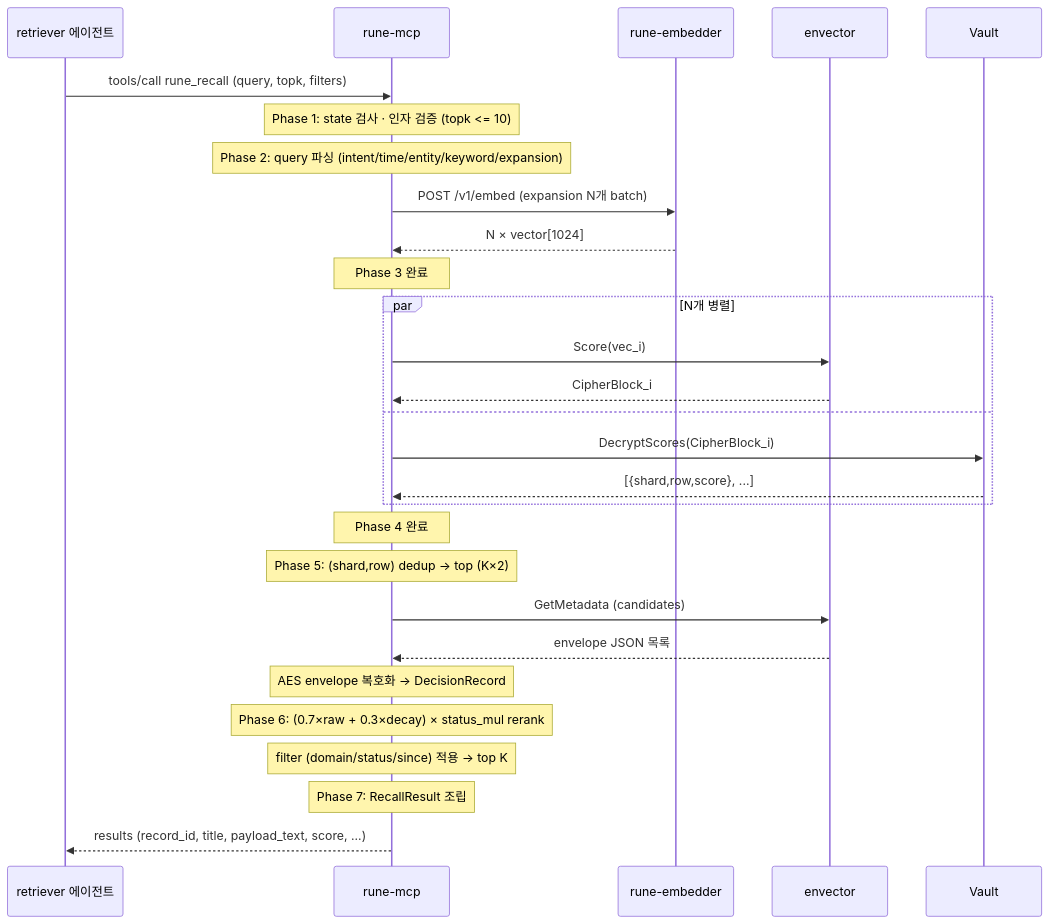
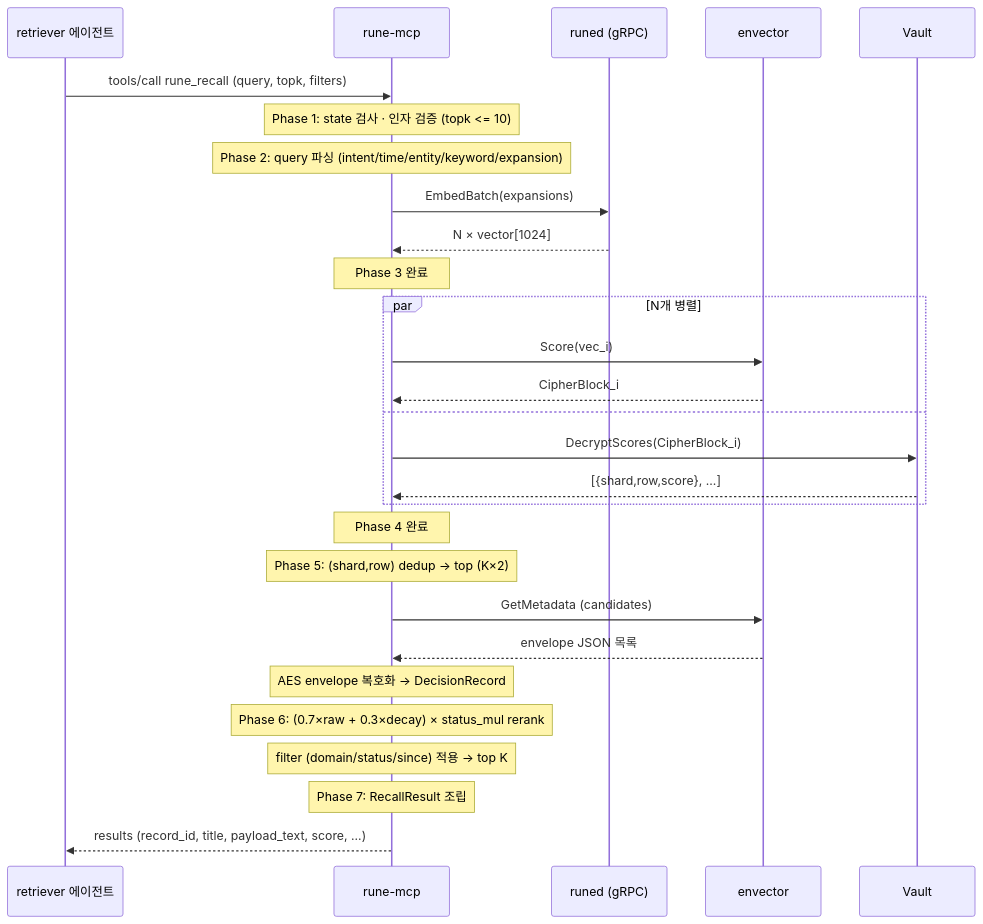
One commit to CryptoLabInc/rune changed the diagram in docs/v04/flows/recall.md. Above: the diagram before and after it, drawn with Mermaid. The commit also changed other lines of this file and 6 other files, not shown here.

Commit message:
docs(v04): switch embedder to external runed gRPC daemon (D30, archive D6/D9/D29)

````diff
--- a/docs/v04/flows/recall.md
+++ b/docs/v04/flows/recall.md
@@ -26,36 +26,36 @@
 ```mermaid
 sequenceDiagram
     participant Agent as retriever 에이전트
     participant MCP as rune-mcp
-    participant Embedder as rune-embedder
+    participant Embedder as runed (gRPC)
     participant Envector as envector
     participant Vault as Vault
 
     Agent->>MCP: tools/call rune_recall (query, topk, filters)
     Note over MCP: Phase 1: state 검사 · 인자 검증 (topk <= 10)
     Note over MCP: Phase 2: query 파싱 (intent/time/entity/keyword/expansion)
 
-    MCP->>Embedder: POST /v1/embed (expansion N개 batch)
+    MCP->>Embedder: EmbedBatch(expansions)
     Embedder-->>MCP: N × vector[1024]
     Note over MCP: Phase 3 완료
 
     par N개 병렬
       MCP->>Envector: Score(vec_i)
       Envector-->>MCP: CipherBlock_i
     and
       MCP->>Vault: DecryptScores(CipherBlock_i)
       Vault-->>MCP: [{shard,row,score}, ...]
     end
     Note over MCP: Phase 4 완료
 
     Note over MCP: Phase 5: (shard,row) dedup → top (K×2)
     MCP->>Envector: GetMetadata (candidates)
     Envector-->>MCP: envelope JSON 목록
     Note over MCP: AES envelope 복호화 → DecisionRecord
 
     Note over MCP: Phase 6: (0.7×raw + 0.3×decay) × status_mul rerank
     Note over MCP: filter (domain/status/since) 적용 → top K
 
     Note over MCP: Phase 7: RecallResult 조립
     MCP-->>Agent: results (record_id, title, payload_text, score, ...)
 ```
````
